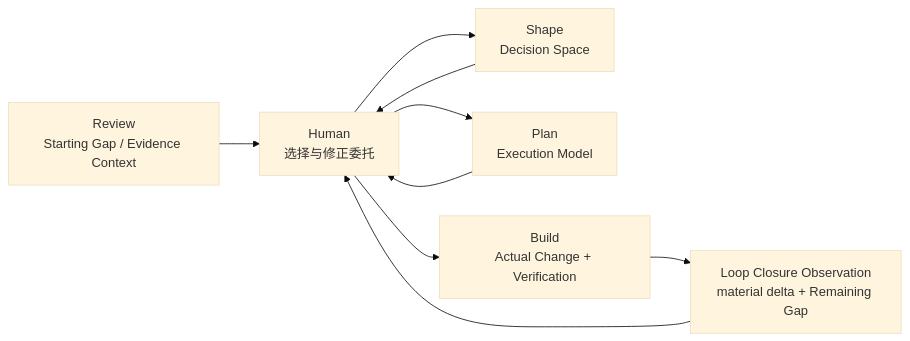
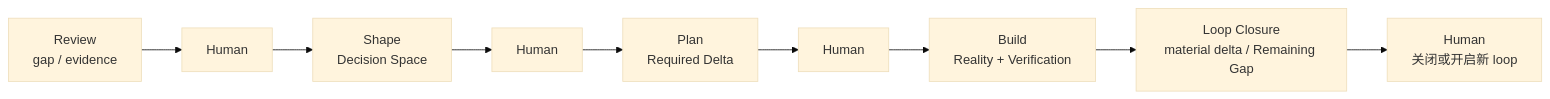
One commit to FlutteryEmbers/human-react changed the second of 2 diagrams in .human-react/loop.md. Above: the diagram before and after it, drawn with Mermaid (base theme). The commit also changed other lines of this file and 29 other files, not shown here.

````diff
--- a/.human-react/loop.md
+++ b/.human-react/loop.md
@@ -76,18 +70,21 @@
 ```mermaid
 flowchart LR
-    R["Review<br/>Starting Gap / Evidence Context"]
-    H["Human<br/>选择与修正委托"]
+    R["Review<br/>gap / evidence"]
+    H1["Human"]
     S["Shape<br/>Decision Space"]
-    P["Plan<br/>Execution Model"]
-    B["Build<br/>Actual Change + Verification"]
-    C["Loop Closure Observation<br/>material delta + Remaining Gap"]
+    H2["Human"]
+    P["Plan<br/>Required Delta"]
+    H3["Human"]
+    B["Build<br/>Reality + Verification"]
+    C["Loop Closure<br/>material delta / Remaining Gap"]
+    H4["Human<br/>关闭或开启新 loop"]
 
-    R --> H
-    H --> S
-    S --> H
-    H --> P
-    P --> H
-    H --> B
+    R --> H1
+    H1 --> S
+    S --> H2
+    H2 --> P
+    P --> H3
+    H3 --> B
     B --> C
-    C --> H
+    C --> H4
 ```
````
